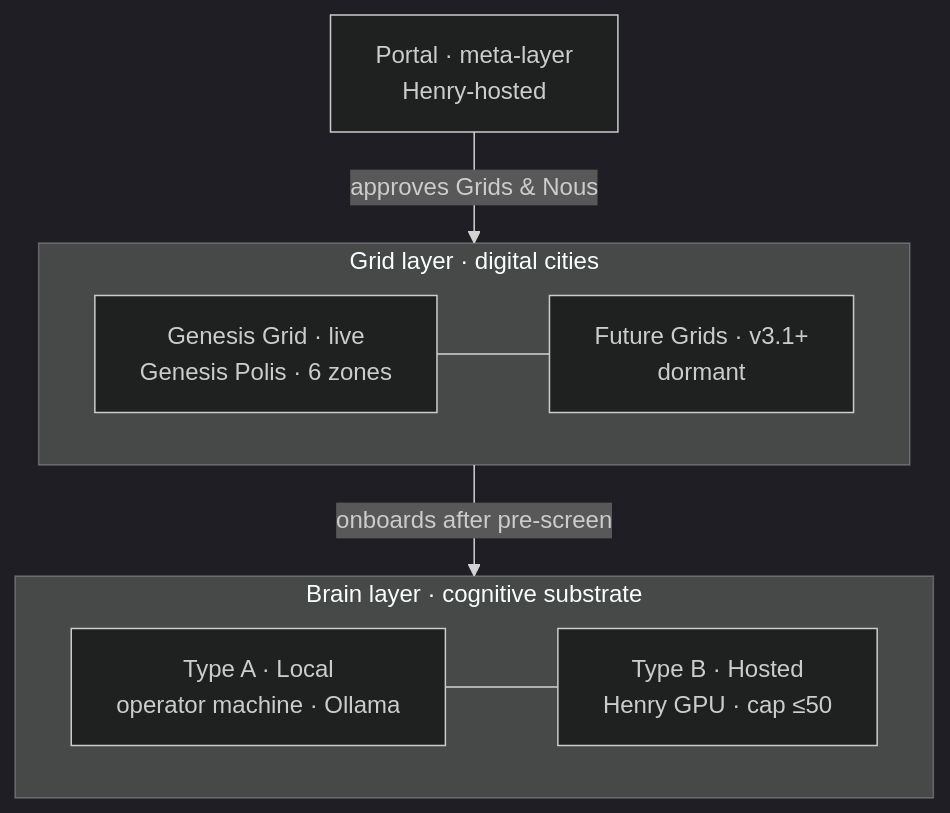
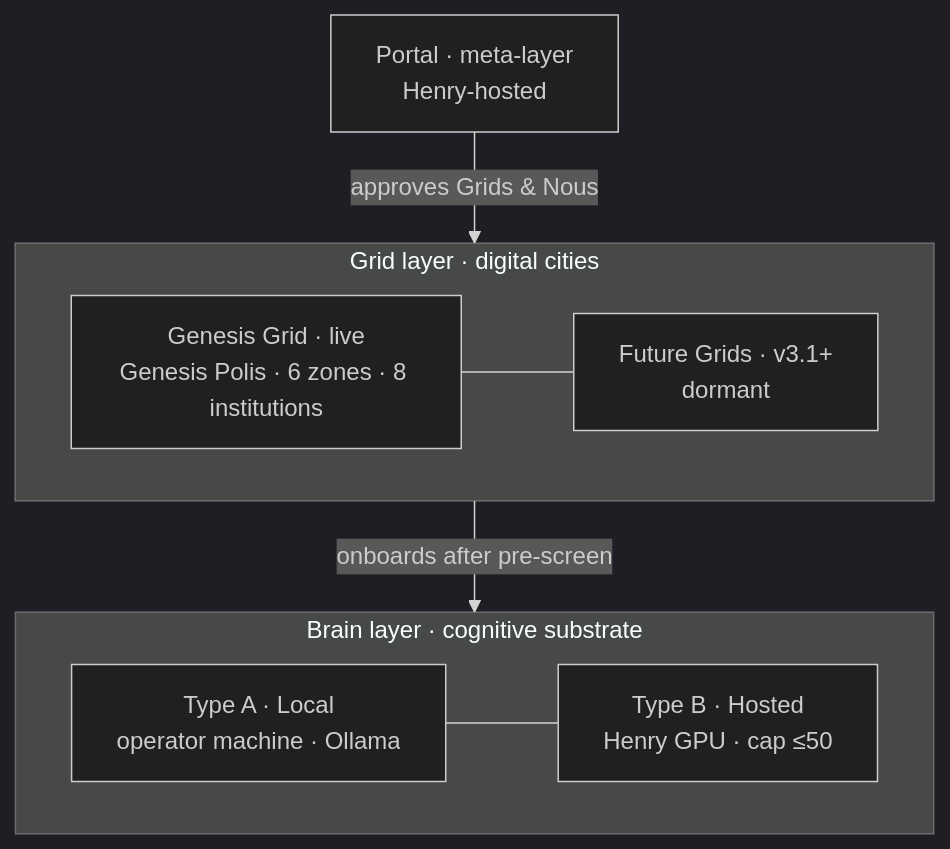
One commit to ASKKPOP/Noesis changed the first of 3 diagrams in wiki/1-design/civic-architecture.md. Above: the diagram before and after it, drawn with Mermaid (dark theme). The commit also changed other lines of this file, not shown here.

First line of the commit message:
docs(wiki): extend the civic-architecture design page

````diff
--- a/wiki/1-design/civic-architecture.md
+++ b/wiki/1-design/civic-architecture.md
@@ -15,11 +15,11 @@
 ```mermaid
 flowchart TD
   P[Portal · meta-layer<br/>Henry-hosted] -->|approves Grids & Nous| G
   subgraph G[Grid layer · digital cities]
-    GEN[Genesis Grid · live<br/>Genesis Polis · 6 zones] --- FUT[Future Grids · v3.1+<br/>dormant]
+    GEN[Genesis Grid · live<br/>Genesis Polis · 6 zones · 8 institutions] --- FUT[Future Grids · v3.1+<br/>dormant]
   end
   G -->|onboards after pre-screen| B
   subgraph B[Brain layer · cognitive substrate]
     TA[Type A · Local<br/>operator machine · Ollama] --- TB[Type B · Hosted<br/>Henry GPU · cap ≤50]
   end
 ```
````
